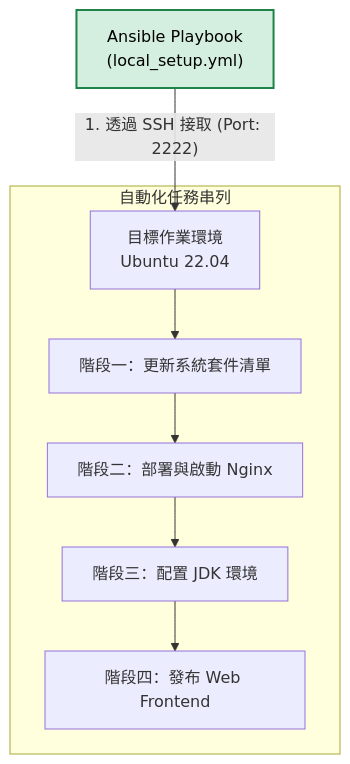
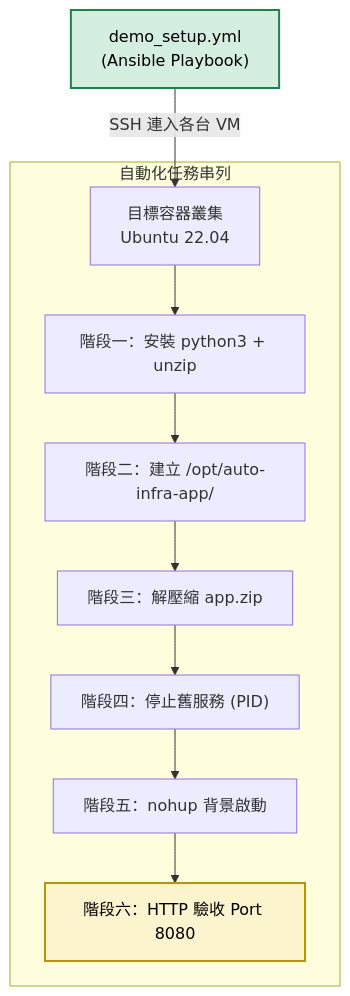
The diagram in ansible/README.md (JeffLin0225/Infra-Provisioning-Flow), drawn with Mermaid before and after one commit. The commit also changed other lines of this file and 8 other files, not shown here.

````diff
--- a/ansible/README.md
+++ b/ansible/README.md
@@ -20,14 +53,16 @@
 ```mermaid
 graph TD
-    A["Ansible Playbook<br>(local_setup.yml)"] -->|"1. 透過 SSH 接取 (Port: 2222)"| B["目標作業環境<br>Ubuntu 22.04"]
+    A["demo_setup.yml<br>(Ansible Playbook)"] -->|"SSH 連入各台 VM"| B["目標容器叢集<br>Ubuntu 22.04"]
     
-    subgraph Tasks [自動化任務串列]
-    B --> C["階段一：更新系統套件清單"]
-    C --> D["階段二：部署與啟動 Nginx"]
-    D --> E["階段三：配置 JDK 環境"]
-    E --> F["階段四：發布 Web Frontend"]
+    subgraph Tasks ["自動化任務串列"]
+    B --> C["階段一：安裝 python3 + unzip"]
+    C --> D["階段二：建立 /opt/auto-infra-app/"]
+    D --> E["階段三：解壓縮 app.zip"]
+    E --> F["階段四：停止舊服務 (PID)"]
+    F --> G["階段五：nohup 背景啟動"]
+    G --> H["階段六：HTTP 驗收 Port 8080"]
     end
     
-    classDef ans fill:#d4efdf,stroke:#1d8348,stroke-width:2px,color:#000;
-    class A ans;
+    style A fill:#d4efdf,stroke:#1d8348,stroke-width:2px,color:#000
+    style H fill:#fcf3cf,stroke:#b7950b,stroke-width:2px,color:#000
 ```
````
